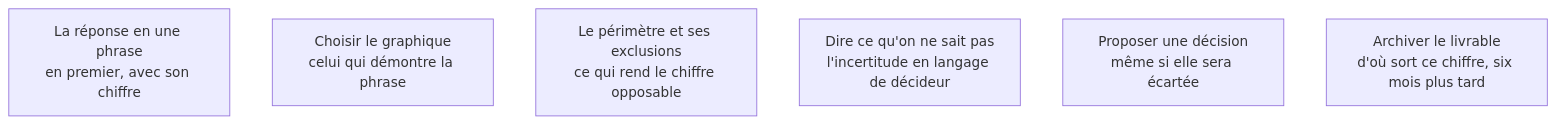
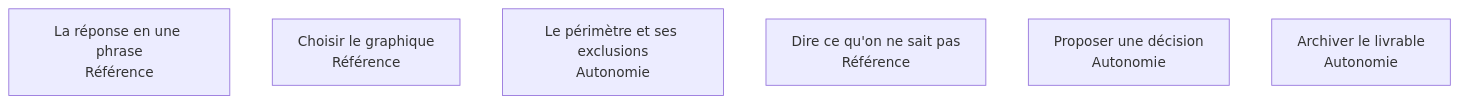
Before and after one commit to floSa/Atlas-Metiers-Roadmaps: the diagram in content/parcours/data-analyst/restituer/index.md, drawn with Mermaid. The commit also changed 20 other files, not shown here.

````diff
--- a/content/parcours/data-analyst/restituer/index.md
+++ b/content/parcours/data-analyst/restituer/index.md
@@ -11,16 +11,16 @@
 ```mermaid
 flowchart TD
-  P["La réponse en une phrase<br/>en premier, avec son chiffre"]
-  G["Choisir le graphique<br/>celui qui démontre la phrase"]
-  E["Le périmètre et ses exclusions<br/>ce qui rend le chiffre opposable"]
-  I["Dire ce qu'on ne sait pas<br/>l'incertitude en langage de décideur"]
-  D["Proposer une décision<br/>même si elle sera écartée"]
-  A["Archiver le livrable<br/>d'où sort ce chiffre, six mois plus tard"]
+  P["La réponse en une phrase<br/>Référence"]
+  G["Choisir le graphique<br/>Référence"]
+  E["Le périmètre et ses exclusions<br/>Autonomie"]
+  I["Dire ce qu'on ne sait pas<br/>Référence"]
+  D["Proposer une décision<br/>Autonomie"]
+  A["Archiver le livrable<br/>Autonomie"]
 
   click P "/parcours/data-analyst/restituer/la-reponse-en-une-phrase"
   click G "/parcours/data-analyst/restituer/choisir-le-graphique"
   click E "/parcours/data-analyst/restituer/le-perimetre-et-ses-exclusions"
   click I "/parcours/data-analyst/restituer/dire-ce-qu-on-ne-sait-pas"
   click D "/parcours/data-analyst/restituer/proposer-une-decision"
   click A "/parcours/data-analyst/restituer/archiver-le-livrable"
 ```
````
